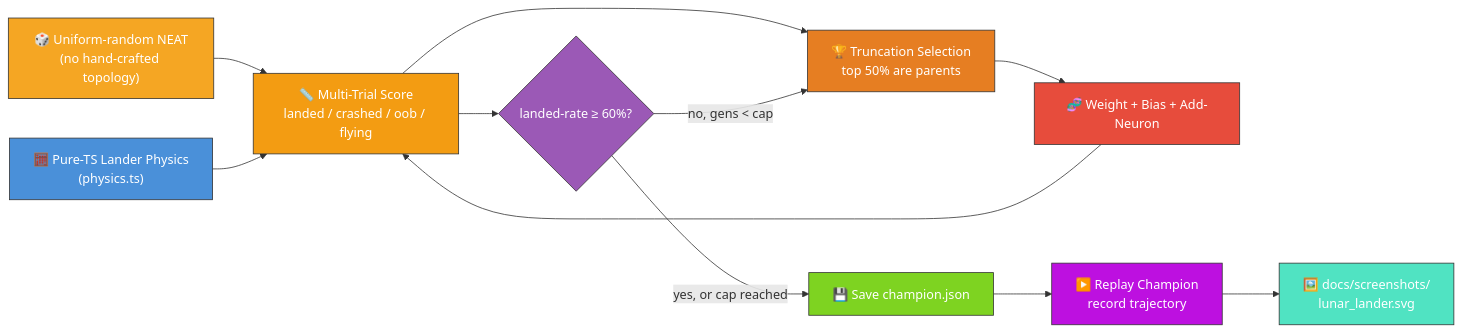
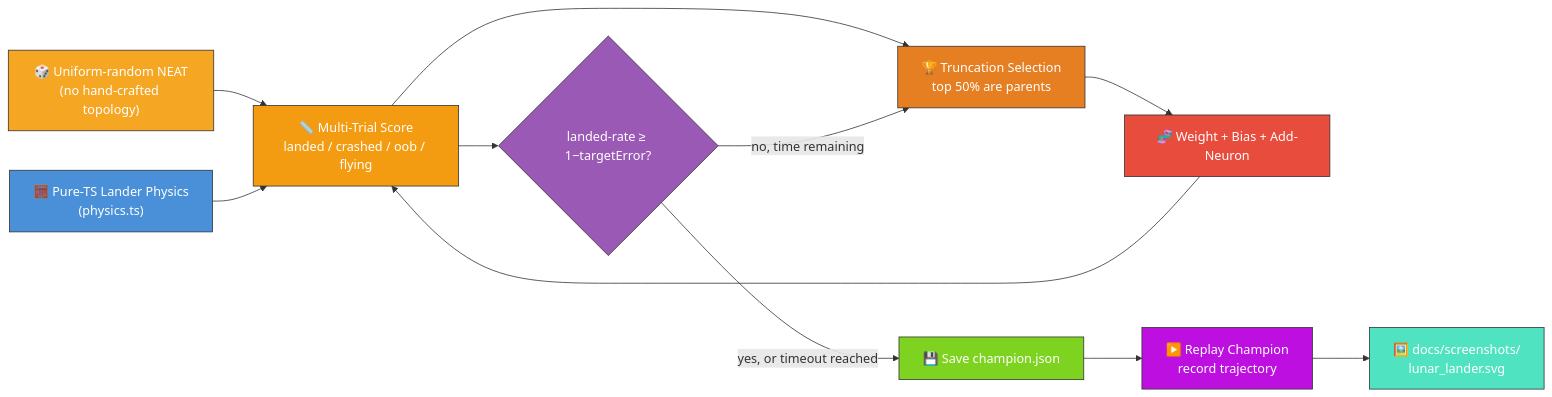
Before and after one commit to stSoftwareAU/NEAT-AI-Examples: the first of 2 diagrams in lunar_lander/README.md, drawn with Mermaid. The commit also changed other lines of this file and 3 other files, not shown here.

First line of the commit message:
lunar_lander: replace generation cap with NEAT-AI targetError + timeoutMinutes

````diff
--- a/lunar_lander/README.md
+++ b/lunar_lander/README.md
@@ -21,33 +21,33 @@
 ```mermaid
 flowchart LR
     PHYS["🧮 Pure-TS Lander Physics<br/>(physics.ts)"]
     INIT["🎲 Uniform-random NEAT<br/>(no hand-crafted topology)"]
     SCORE["📏 Multi-Trial Score<br/>landed / crashed / oob / flying"]
     SELECT["🏆 Truncation Selection<br/>top 50% are parents"]
     MUTATE["🧬 Weight + Bias + Add-Neuron"]
-    SOLVED{"landed-rate ≥ 60%?"}
+    SOLVED{"landed-rate ≥ 1−targetError?"}
     CHAMP["💾 Save champion.json"]
     RUN["▶️ Replay Champion<br/>record trajectory"]
     SVG["🖼️ docs/screenshots/<br/>lunar_lander.svg"]
 
     INIT --> SCORE
     PHYS --> SCORE
     SCORE --> SELECT
     SELECT --> MUTATE
     MUTATE --> SCORE
     SCORE --> SOLVED
-    SOLVED -- "no, gens < cap" --> SELECT
-    SOLVED -- "yes, or cap reached" --> CHAMP
+    SOLVED -- "no, time remaining" --> SELECT
+    SOLVED -- "yes, or timeout reached" --> CHAMP
     CHAMP --> RUN
     RUN --> SVG
 
     style PHYS fill:#4a90d9,stroke:#333,color:#fff
     style INIT fill:#f5a623,stroke:#333,color:#fff
     style SCORE fill:#f39c12,stroke:#333,color:#fff
     style SELECT fill:#e67e22,stroke:#333,color:#fff
     style MUTATE fill:#e74c3c,stroke:#333,color:#fff
     style SOLVED fill:#9b59b6,stroke:#333,color:#fff
     style CHAMP fill:#7ed321,stroke:#333,color:#fff
     style RUN fill:#bd10e0,stroke:#333,color:#fff
     style SVG fill:#50e3c2,stroke:#333,color:#fff
 ```
````
